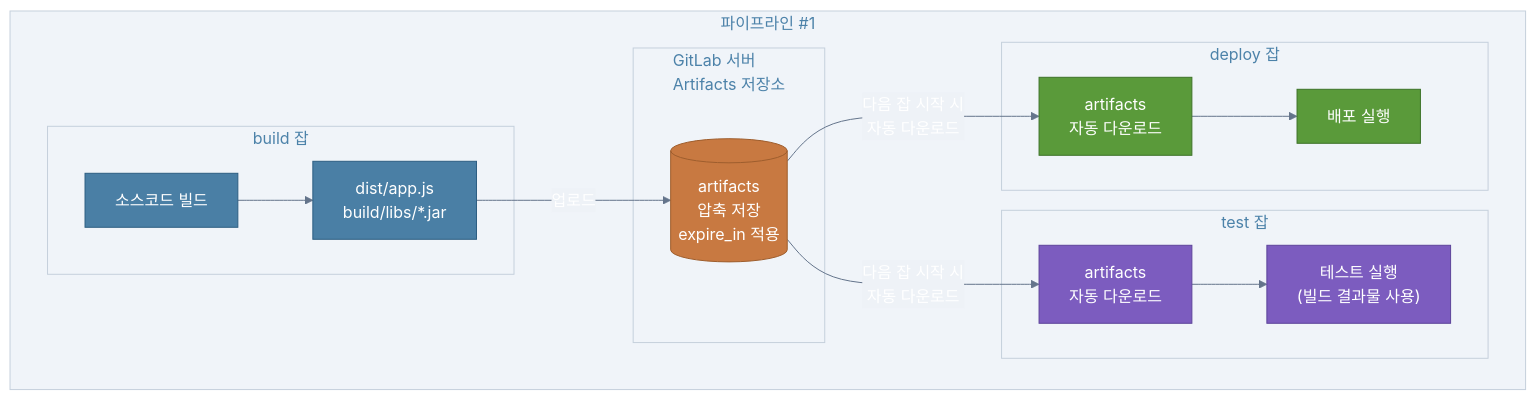
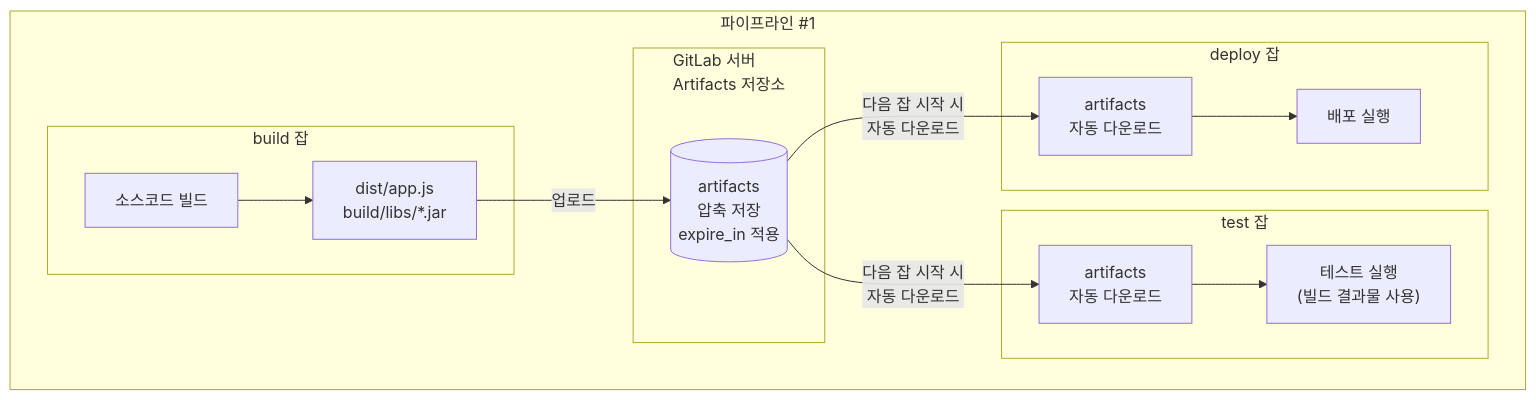
Before and after one commit to Seobway23/Seobway23.github.io: the second of 9 diagrams in posts/study/infra/gitlab-artifacts-vs-cache.md, drawn with Mermaid. The commit also changed other lines of this file and 21 other files, not shown here.

Commit message:
:sparkles: mermaid, code,inline edit

````diff
--- a/posts/study/infra/gitlab-artifacts-vs-cache.md
+++ b/posts/study/infra/gitlab-artifacts-vs-cache.md
@@ -76,43 +73,36 @@
 ```mermaid
-%%{init: {'theme': 'base', 'themeVariables': {'primaryColor': '#4a7fa5', 'primaryTextColor': '#fff', 'primaryBorderColor': '#2d5e82', 'lineColor': '#64748b', 'edgeLabelBackground': '#eef2f7', 'clusterBkg': '#f0f4f9', 'clusterBorder': '#c5d0dc'}}}%%
+%% desc: artifacts 흐름 — GitLab 서버를 통해 빌드 산출물을 test/deploy 잡에 전달
 flowchart LR
     subgraph PIPE["파이프라인 #1"]
         direction LR
 
         subgraph JOB_A["build 잡"]
             A1["소스코드 빌드"]
             A2["dist/app.js\nbuild/libs/*.jar"]
             A1 --> A2
         end
 
         subgraph GL["GitLab 서버\nArtifacts 저장소"]
             GL_STORE[("artifacts\n압축 저장\nexpire_in 적용")]
         end
 
         subgraph JOB_B["test 잡"]
             B1["artifacts\n자동 다운로드"]
             B2["테스트 실행\n(빌드 결과물 사용)"]
             B1 --> B2
         end
 
         subgraph JOB_C["deploy 잡"]
             C1["artifacts\n자동 다운로드"]
             C2["배포 실행"]
             C1 --> C2
         end
 
         A2 -->|"업로드"| GL_STORE
         GL_STORE -->|"다음 잡 시작 시\n자동 다운로드"| B1
         GL_STORE -->|"다음 잡 시작 시\n자동 다운로드"| C1
     end
 
-    classDef build fill:#4a7fa5,stroke:#2d5e82,color:#fff
-    classDef gl fill:#c87941,stroke:#9e5e2e,color:#fff
-    classDef test fill:#7c5cbf,stroke:#5d449a,color:#fff
-    classDef deploy fill:#5a9a3a,stroke:#3d7228,color:#fff
 
-    class A1,A2 build
-    class GL_STORE gl
-    class B1,B2 test
-    class C1,C2 deploy
+
 ```
````
